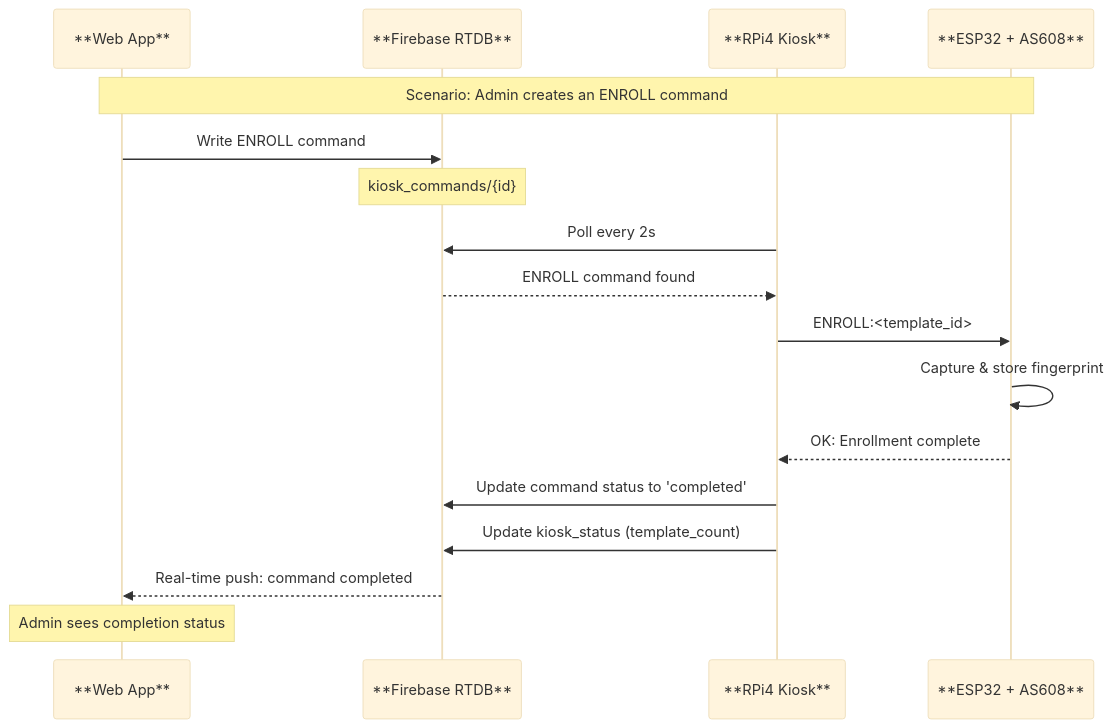
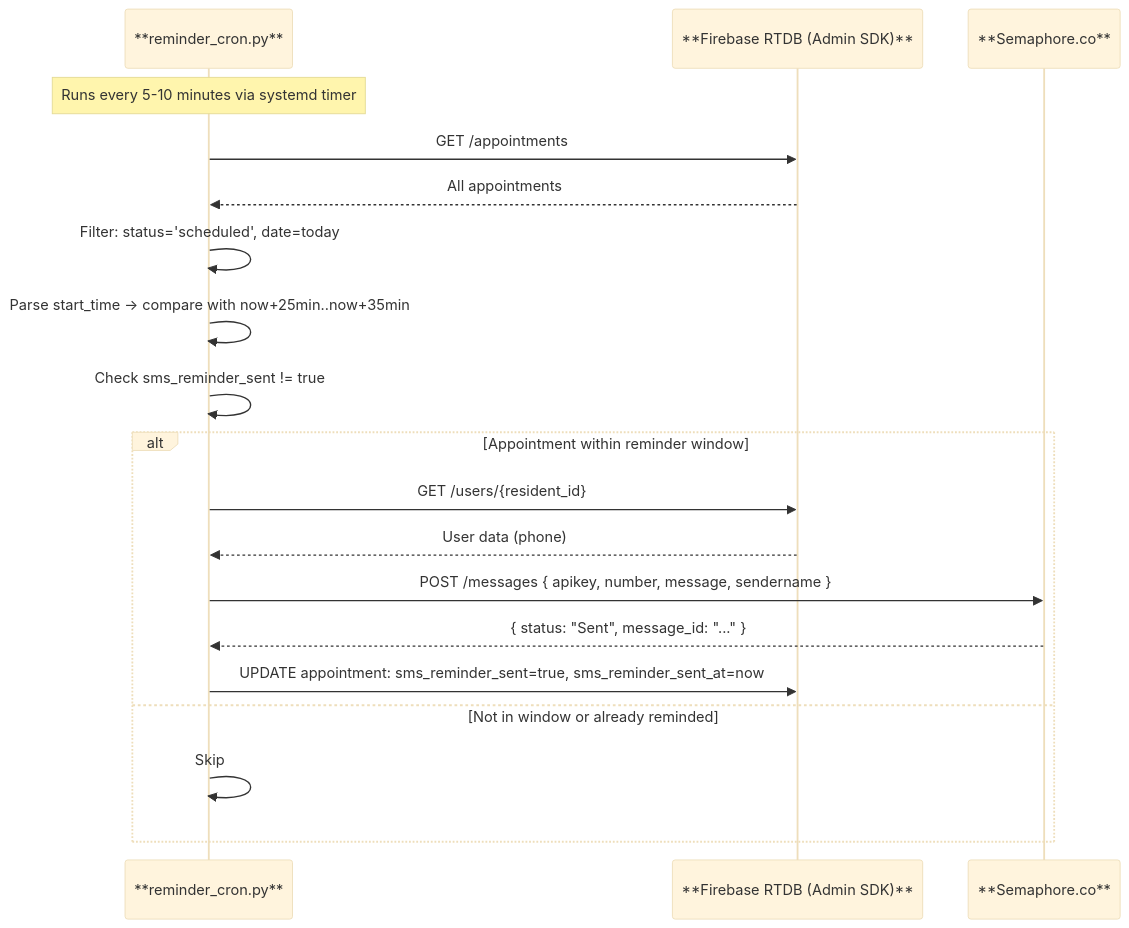
One commit to qppd/smart-appointment-scheduling-kiosk changed diagram 11 of 12 in docs/flow-diagrams.md. Above: the diagram before and after it, drawn with Mermaid (base theme). The commit also changed other lines of this file and 62 other files, not shown here.

````diff
--- a/docs/flow-diagrams.md
+++ b/docs/flow-diagrams.md
@@ -287,21 +414,24 @@
 ```mermaid
 sequenceDiagram
-    participant WA as **Web App**
-    participant DB as **Firebase RTDB**
-    participant KIOSK as **RPi4 Kiosk**
-    participant ESP as **ESP32 + AS608**
+    participant CRON as **reminder_cron.py**
+    participant FB as **Firebase RTDB (Admin SDK)**
+    participant SEM as **Semaphore.co**
 
-    Note over WA,ESP: Scenario: Admin creates an ENROLL command
+    Note over CRON: Runs every 5-10 minutes via systemd timer
 
-    WA ->> DB: Write ENROLL command
-    Note over DB: kiosk_commands/{id}
-    KIOSK ->> DB: Poll every 2s
-    DB -->> KIOSK: ENROLL command found
-    KIOSK ->> ESP: ENROLL:<template_id>
-    ESP ->> ESP: Capture & store fingerprint
-    ESP -->> KIOSK: OK: Enrollment complete
-    KIOSK ->> DB: Update command status to 'completed'
-    KIOSK ->> DB: Update kiosk_status (template_count)
-    DB -->> WA: Real-time push: command completed
-    Note over WA: Admin sees completion status
+    CRON ->> FB: GET /appointments
+    FB -->> CRON: All appointments
+    CRON ->> CRON: Filter: status='scheduled', date=today
+    CRON ->> CRON: Parse start_time → compare with now+25min..now+35min
+    CRON ->> CRON: Check sms_reminder_sent != true
+
+    alt Appointment within reminder window
+        CRON ->> FB: GET /users/{resident_id}
+        FB -->> CRON: User data (phone)
+        CRON ->> SEM: POST /messages { apikey, number, message, sendername }
+        SEM -->> CRON: { status: "Sent", message_id: "..." }
+        CRON ->> FB: UPDATE appointment: sms_reminder_sent=true, sms_reminder_sent_at=now
+    else Not in window or already reminded
+        CRON ->> CRON: Skip
+    end
 ```
````
